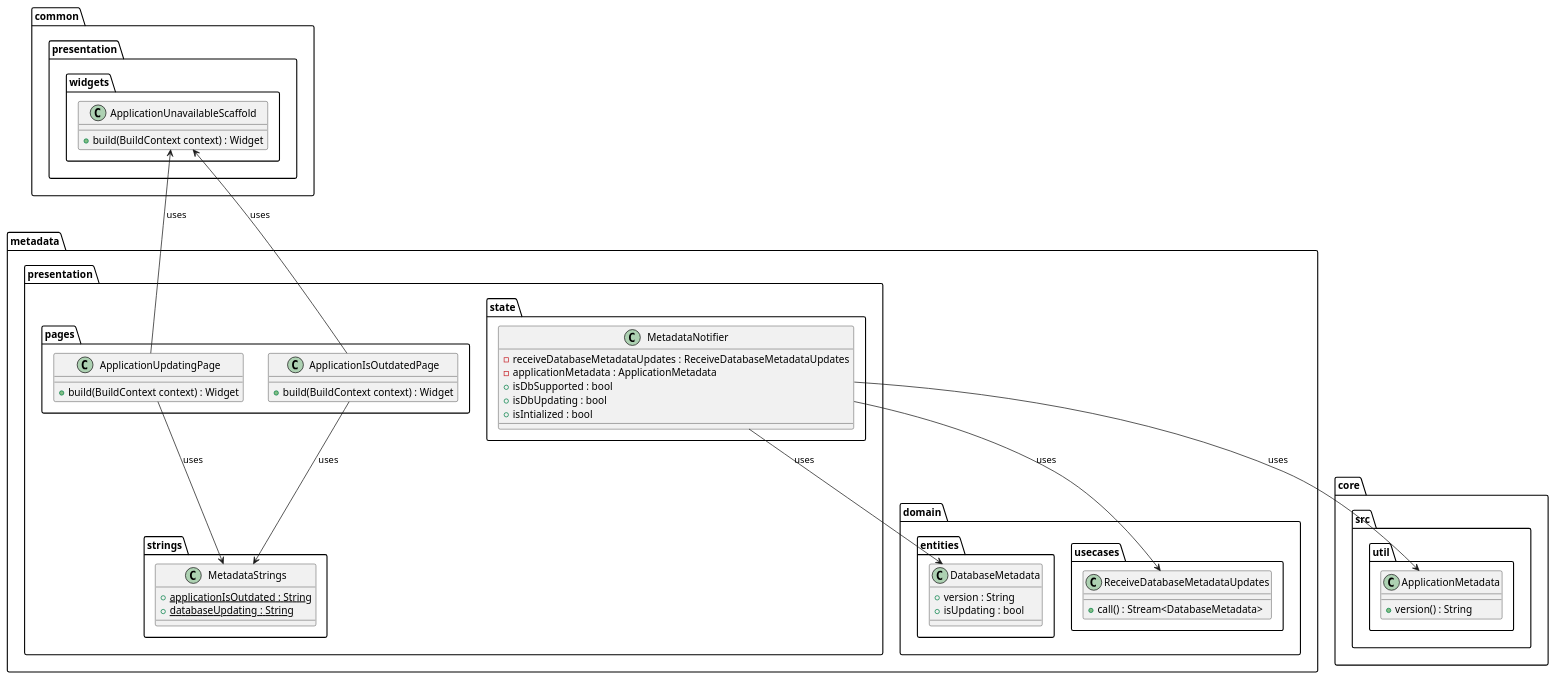
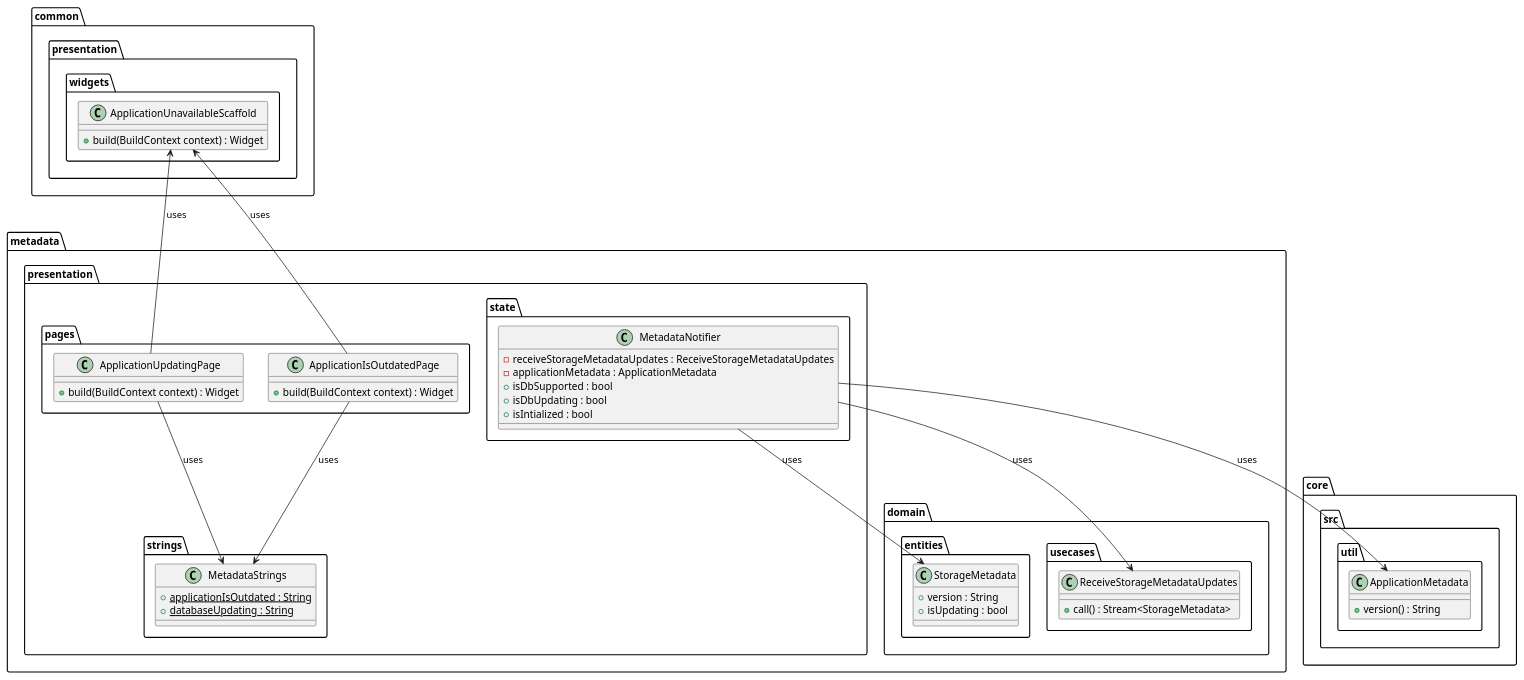
Before and after one commit to Flank/flank-dashboard: the diagram in metrics/web/docs/features/supported_database_version/diagrams/metadata_presentation_class_diagram.puml, drawn with PlantUML. The commit also changed 5 other files, not shown here.

Commit message:
Rename the DatabaseMetadata to StorageMetadata

```diff
--- a/metrics/web/docs/features/supported_database_version/diagrams/metadata_presentation_class_diagram.puml
+++ b/metrics/web/docs/features/supported_database_version/diagrams/metadata_presentation_class_diagram.puml
@@ -1,71 +1,71 @@
 @startuml metadata_presentation_class_diagram
 
 package core.src.util {
     class ApplicationMetadata {
         + version() : String
     }
 }
 
 package common.presentation.widgets {
     class ApplicationUnavailableScaffold {
         + build(BuildContext context) : Widget
     }
 }
 
 package metadata {
     package domain {
         package entities {
-            class DatabaseMetadata {
+            class StorageMetadata {
                 + version : String
                 + isUpdating : bool
             }
         }
 
 
         package usecases {
-            class ReceiveDatabaseMetadataUpdates {
-                + call() : Stream<DatabaseMetadata>
+            class ReceiveStorageMetadataUpdates {
+                + call() : Stream<StorageMetadata>
             }
         }
     }
 
     package presentation {
         package state {
             class MetadataNotifier {
-                - receiveDatabaseMetadataUpdates : ReceiveDatabaseMetadataUpdates
+                - receiveStorageMetadataUpdates : ReceiveStorageMetadataUpdates
                 - applicationMetadata : ApplicationMetadata
                 + isDbSupported : bool
                 + isDbUpdating : bool
                 + isIntialized : bool
             }
         }
 
         package pages {
             class ApplicationUpdatingPage {
                 + build(BuildContext context) : Widget
             }
             class ApplicationIsOutdatedPage {
                 + build(BuildContext context) : Widget
             }
         }
 
         package strings {
             class MetadataStrings {
                 + {static} applicationIsOutdated : String
                 + {static} databaseUpdating : String
             }
         }
     }
 }
 
 MetadataNotifier --> ApplicationMetadata : uses
-MetadataNotifier --> ReceiveDatabaseMetadataUpdates : uses
-MetadataNotifier --> DatabaseMetadata : uses
+MetadataNotifier --> ReceiveStorageMetadataUpdates : uses
+MetadataNotifier --> StorageMetadata : uses
 
 ApplicationUpdatingPage --> MetadataStrings : uses
 ApplicationIsOutdatedPage --> MetadataStrings : uses
 
 ApplicationUpdatingPage -up-> ApplicationUnavailableScaffold : uses
 ApplicationIsOutdatedPage -up-> ApplicationUnavailableScaffold : uses
 
 @enduml
```
